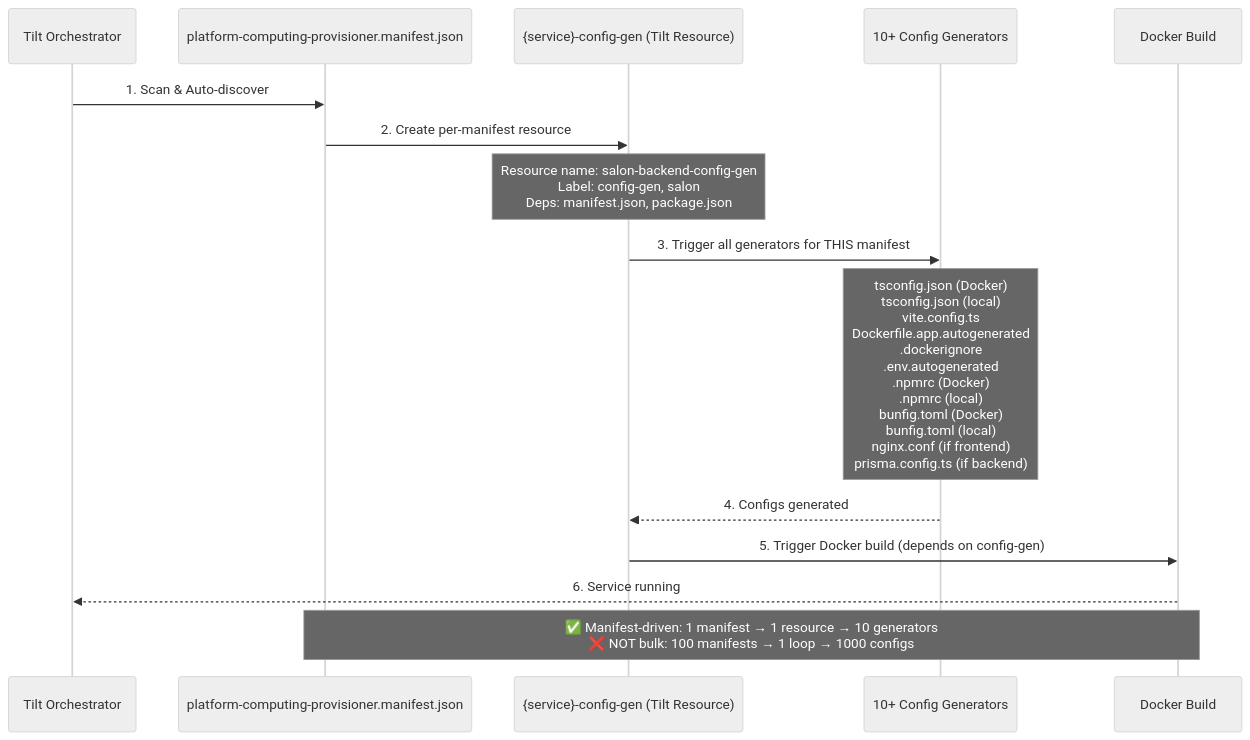
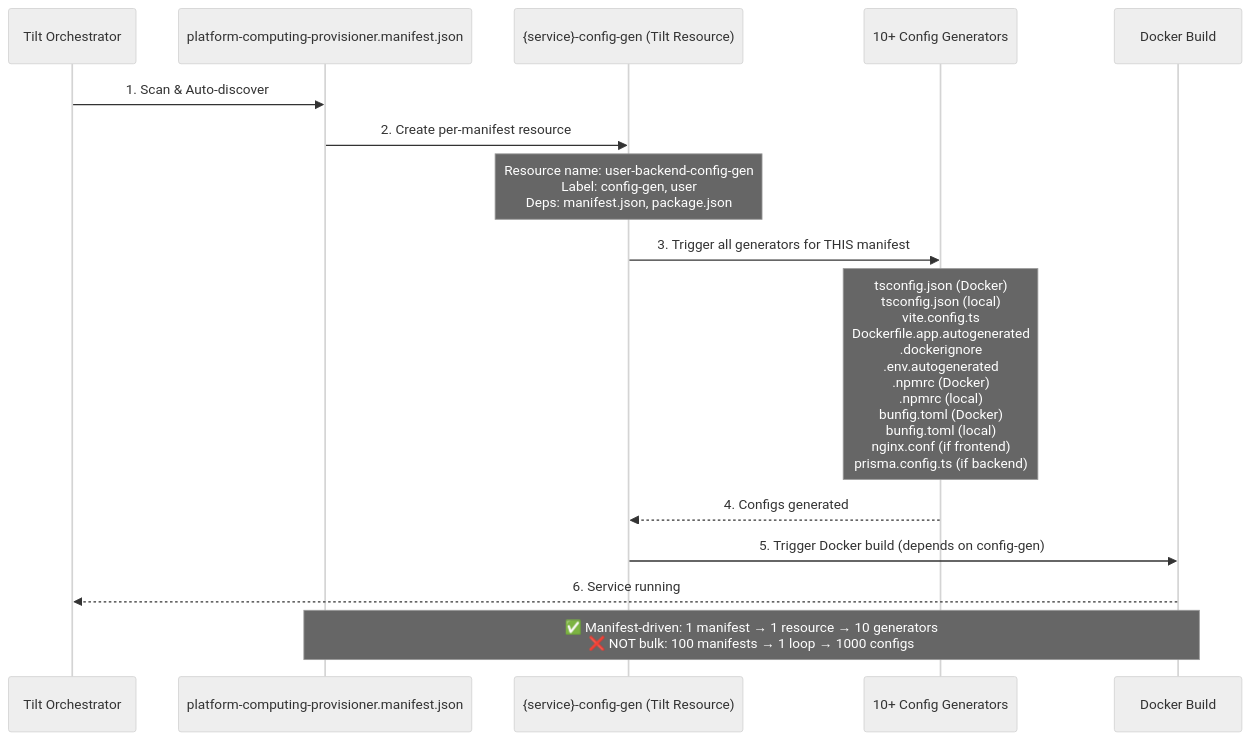
One commit to AK-Lmn/tdk-cli-core changed the fourth of 5 diagrams in engine/docs/C4-ARCHITECTURE-overview.md. Above: the diagram before and after it, drawn with Mermaid (neutral theme). The commit also changed other lines of this file and 60 other files, not shown here.

````diff
--- a/engine/docs/C4-ARCHITECTURE-overview.md
+++ b/engine/docs/C4-ARCHITECTURE-overview.md
@@ -164,21 +164,21 @@
 ```mermaid
 sequenceDiagram
     participant Tilt as Tilt Orchestrator
     participant Manifest as platform-computing-provisioner.manifest.json
     participant ConfigGen as {service}-config-gen (Tilt Resource)
     participant Generators as 10+ Config Generators
     participant Docker as Docker Build
     
     Tilt->>Manifest: 1. Scan & Auto-discover
     Manifest->>ConfigGen: 2. Create per-manifest resource
-    Note over ConfigGen: Resource name: salon-backend-config-gen<br/>Label: config-gen, salon<br/>Deps: manifest.json, package.json
+    Note over ConfigGen: Resource name: user-backend-config-gen<br/>Label: config-gen, user<br/>Deps: manifest.json, package.json
     
     ConfigGen->>Generators: 3. Trigger all generators for THIS manifest
     Note over Generators: tsconfig.json (Docker)<br/>tsconfig.json (local)<br/>vite.config.ts<br/>Dockerfile.app.autogenerated<br/>.dockerignore<br/>.env.autogenerated<br/>.npmrc (Docker)<br/>.npmrc (local)<br/>bunfig.toml (Docker)<br/>bunfig.toml (local)<br/>nginx.conf (if frontend)<br/>prisma.config.ts (if backend)
     
     Generators-->>ConfigGen: 4. Configs generated
     ConfigGen->>Docker: 5. Trigger Docker build (depends on config-gen)
     Docker-->>Tilt: 6. Service running
     
     Note over Manifest,Docker: ✅ Manifest-driven: 1 manifest → 1 resource → 10 generators<br/>❌ NOT bulk: 100 manifests → 1 loop → 1000 configs
 ```
````
